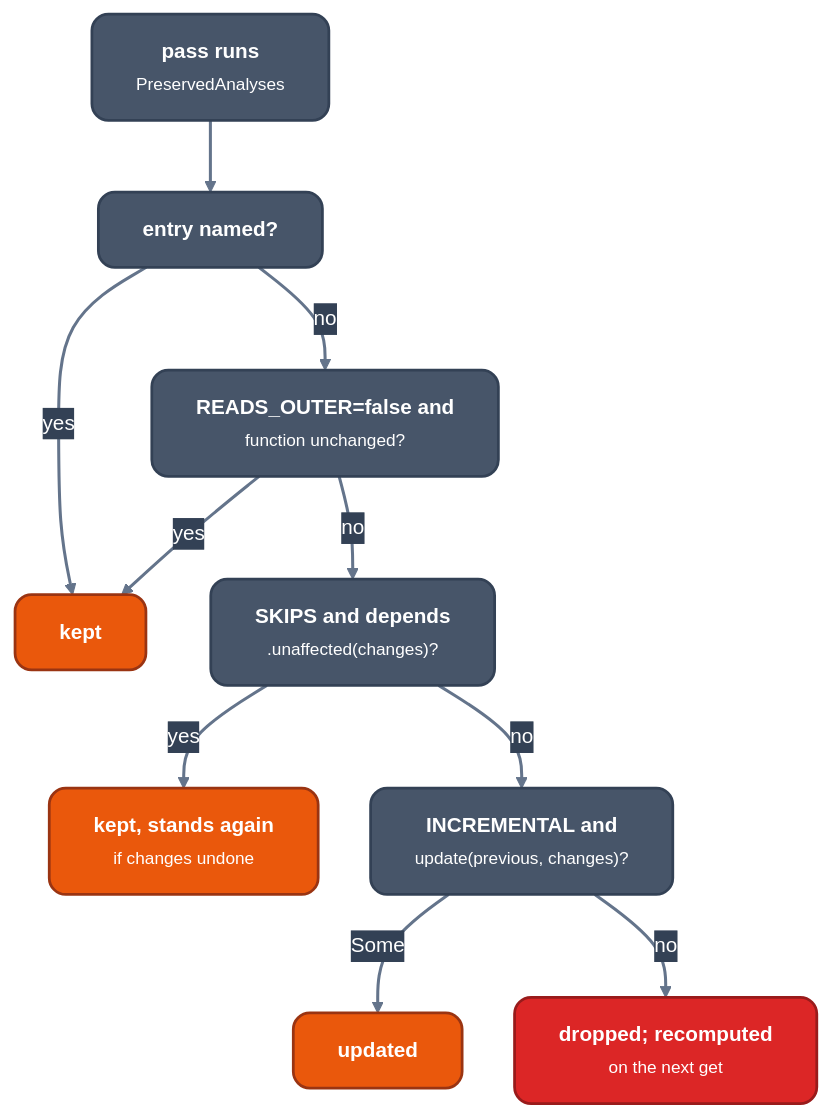
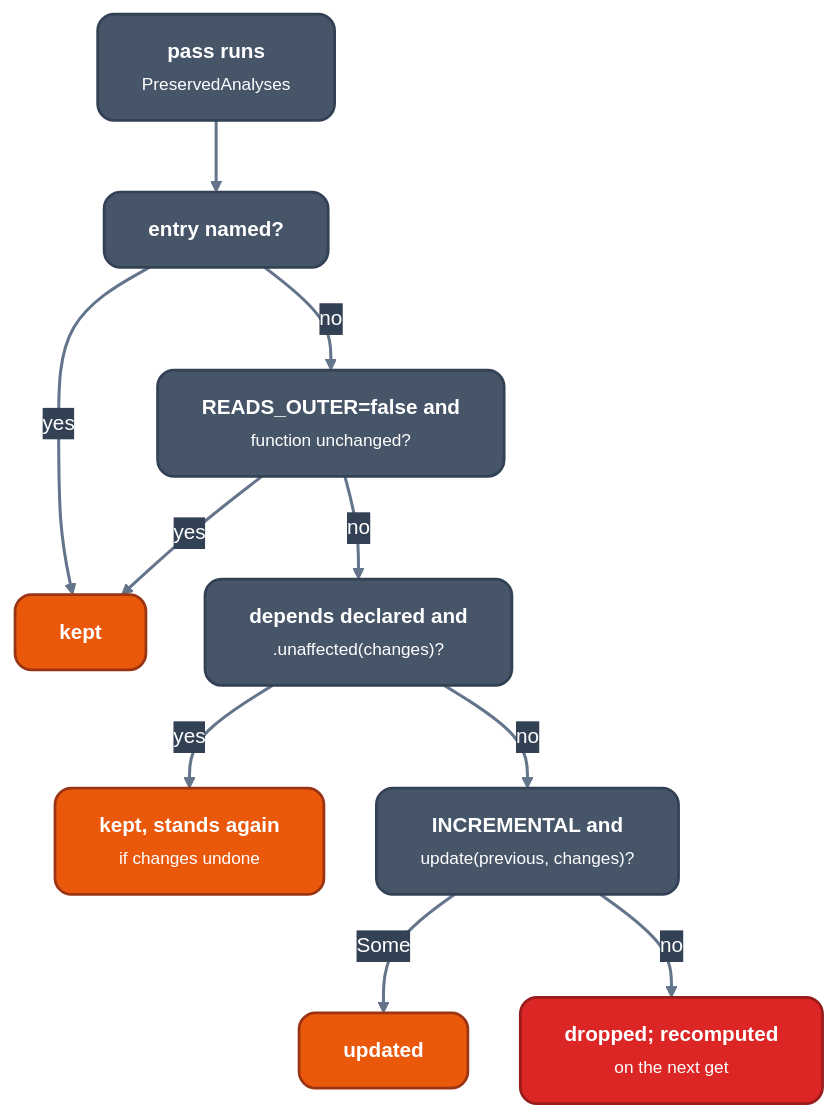
Before and after one commit to ali-mosavian/llrm: the diagram in docs/optimizations/analyses/manager.md, drawn with Mermaid. The commit also changed other lines of this file and 5 other files, not shown here.

````diff
--- a/docs/optimizations/analyses/manager.md
+++ b/docs/optimizations/analyses/manager.md
@@ -58,26 +35,26 @@
 ```mermaid
 %%{init: {'theme':'base','themeVariables':{'fontFamily':'Segoe UI, Helvetica Neue, Arial, DejaVu Sans, sans-serif','fontSize':'15px','primaryColor':'#475569','primaryTextColor':'#ffffff','primaryBorderColor':'#334155','lineColor':'#64748b','secondaryColor':'#475569','tertiaryColor':'transparent','clusterBkg':'transparent','clusterBorder':'#64748b','edgeLabelBackground':'#334155','textColor':'#64748b','titleColor':'#64748b'},'flowchart':{'curve':'basis','nodeSpacing':38,'rankSpacing':52,'padding':16,'wrappingWidth':360,'htmlLabels':true,'useMaxWidth':true}}}%%
 flowchart TB
   classDef mid fill:#475569,stroke:#334155,stroke-width:2px,color:#ffffff,rx:12px,ry:12px
   classDef opt fill:#ea580c,stroke:#9a3412,stroke-width:2px,color:#ffffff,rx:12px,ry:12px
   classDef warn fill:#dc2626,stroke:#991b1b,stroke-width:2px,color:#ffffff,rx:12px,ry:12px
   linkStyle default stroke:#64748b,stroke-width:2.2px
   run["<b>pass runs</b><br/><small>PreservedAnalyses</small>"]:::mid
   q1["<b>entry named?</b>"]:::mid
   q2["<b>READS_OUTER=false and</b><br/><small>function unchanged?</small>"]:::mid
-  q3["<b>SKIPS and depends</b><br/><small>.unaffected(changes)?</small>"]:::mid
+  q3["<b>depends declared and</b><br/><small>.unaffected(changes)?</small>"]:::mid
   q4["<b>INCREMENTAL and</b><br/><small>update(previous, changes)?</small>"]:::mid
   kept["<b>kept</b>"]:::opt
   kept2["<b>kept, stands again</b><br/><small>if changes undone</small>"]:::opt
   upd["<b>updated</b>"]:::opt
   drop["<b>dropped#59; recomputed</b><br/><small>on the next get</small>"]:::warn
   run --> q1
   q1 -->|"yes"| kept
   q1 -->|"no"| q2
   q2 -->|"yes"| kept
   q2 -->|"no"| q3
   q3 -->|"yes"| kept2
   q3 -->|"no"| q4
   q4 -->|"Some"| upd
   q4 -->|"no"| drop
 ```
````
